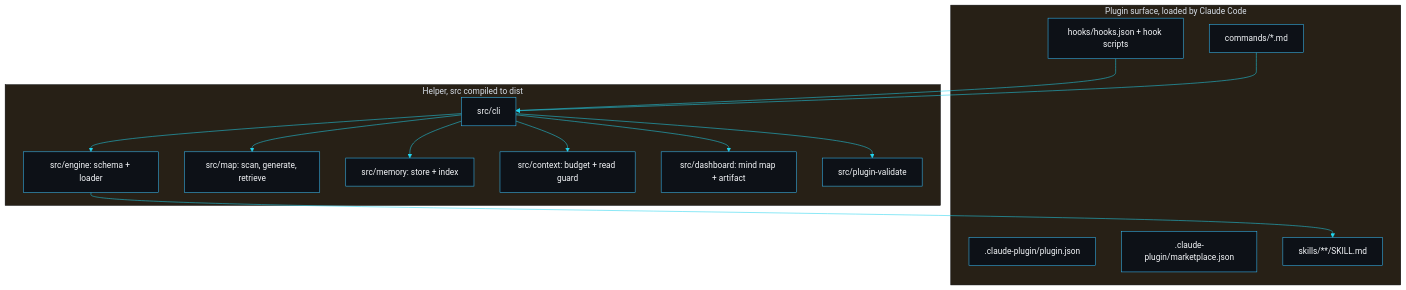
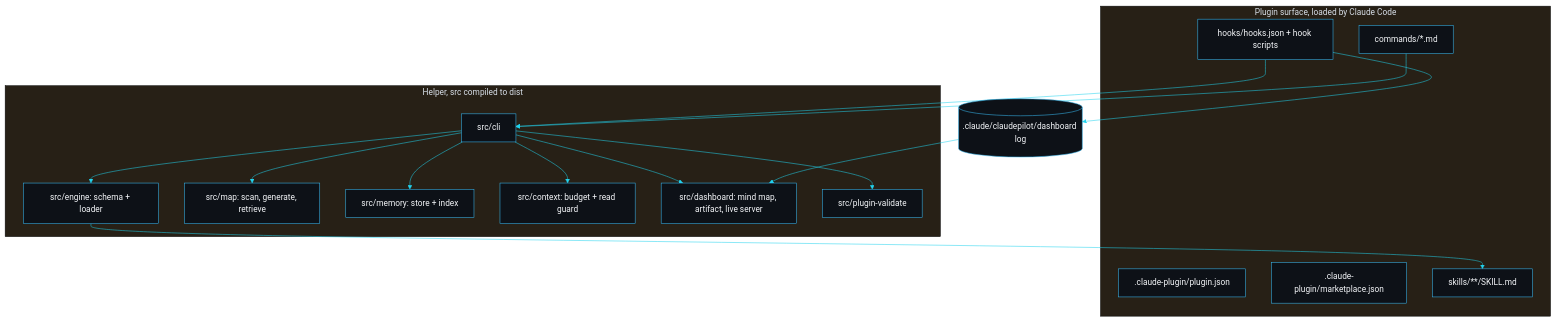
One commit to sarmakska/slipstream changed the diagram in wiki/Architecture.md. Above: the diagram before and after it, drawn with Mermaid. The commit also changed other lines of this file and 5 other files, not shown here.

Commit message:
docs: best-in-class wiki with a Live-Agent-Dashboard page, Roadmap and refreshed Home, Architecture, Hooks and Troubleshooting

````diff
--- a/wiki/Architecture.md
+++ b/wiki/Architecture.md
@@ -5,31 +5,33 @@
 ```mermaid
 %%{init: {'theme':'base','themeVariables':{'primaryColor':'#0d1117','primaryTextColor':'#f5f7fa','primaryBorderColor':'#38bdf8','lineColor':'#22d3ee','fontFamily':'monospace'}}}%%
 flowchart TD
   subgraph Plugin[Plugin surface, loaded by Claude Code]
     M[.claude-plugin/plugin.json]
     MK[.claude-plugin/marketplace.json]
     H[hooks/hooks.json + hook scripts]
     C[commands/*.md]
     S[skills/**/SKILL.md]
   end
 
   subgraph Helper[Helper, src compiled to dist]
     CLI[src/cli]
     Engine[src/engine: schema + loader]
     Map[src/map: scan, generate, retrieve]
     Mem[src/memory: store + index]
     Ctx[src/context: budget + read guard]
-    Mind[src/dashboard: mind map + artifact]
+    Mind[src/dashboard: mind map, artifact, live server]
     PV[src/plugin-validate]
   end
 
   H --> CLI
   C --> CLI
   CLI --> Map
   CLI --> Mem
   CLI --> Ctx
   CLI --> Mind
   CLI --> Engine
   CLI --> PV
   Engine --> S
+  H --> Log[(.claude/claudepilot/dashboard log)]
+  Log --> Mind
 ```
````
